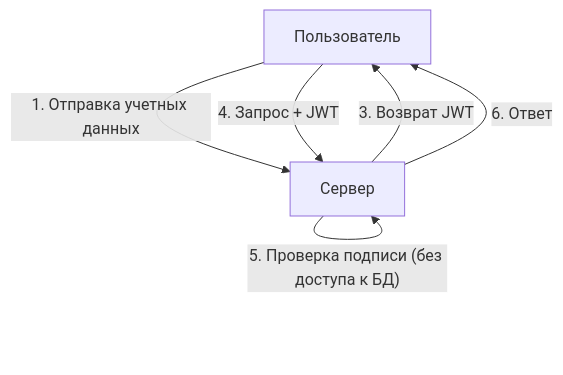
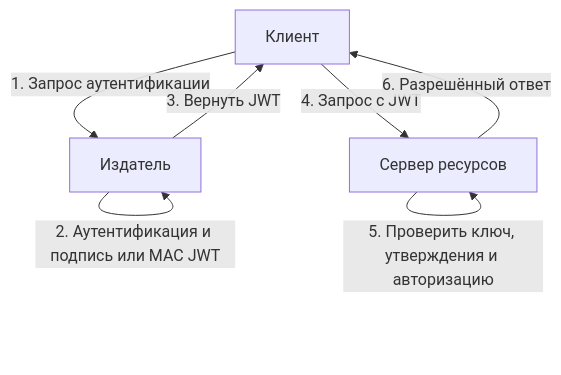
The second of 3 diagrams in content/post/jwt-json-web-token-security-risks/index.ru.md (kenjinote/blog), drawn with Mermaid before and after one commit. The commit also changed other lines of this file and 7 other files, not shown here.

````diff
--- a/content/post/jwt-json-web-token-security-risks/index.ru.md
+++ b/content/post/jwt-json-web-token-security-risks/index.ru.md
@@ -47,9 +42,9 @@
 ```mermaid
 graph TD
-    A["Пользователь"] -- "1. Отправка учетных данных" --> B["Сервер"]
-    B -- "2. Проверка и генерация JWT (подпись)" --> B
-    B -- "3. Возврат JWT" --> A
-    A -- "4. Запрос + JWT" --> B
-    B -- "5. Проверка подписи (без доступа к БД)" --> B
-    B -- "6. Ответ" --> A
+    A["Клиент"] -- "1. Запрос аутентификации" --> B["Издатель"]
+    B -- "2. Аутентификация и подпись или MAC JWT" --> B
+    B -- "3. Вернуть JWT" --> A
+    A -- "4. Запрос с JWT" --> C["Сервер ресурсов"]
+    C -- "5. Проверить ключ, утверждения и авторизацию" --> C
+    C -- "6. Разрешённый ответ" --> A
 ```
````
